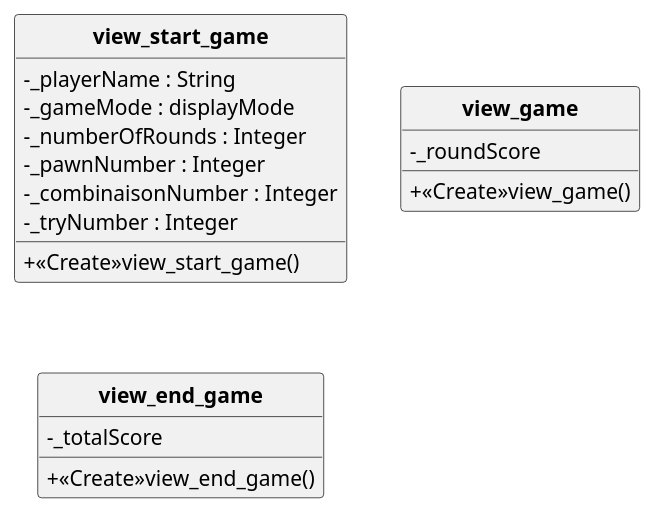
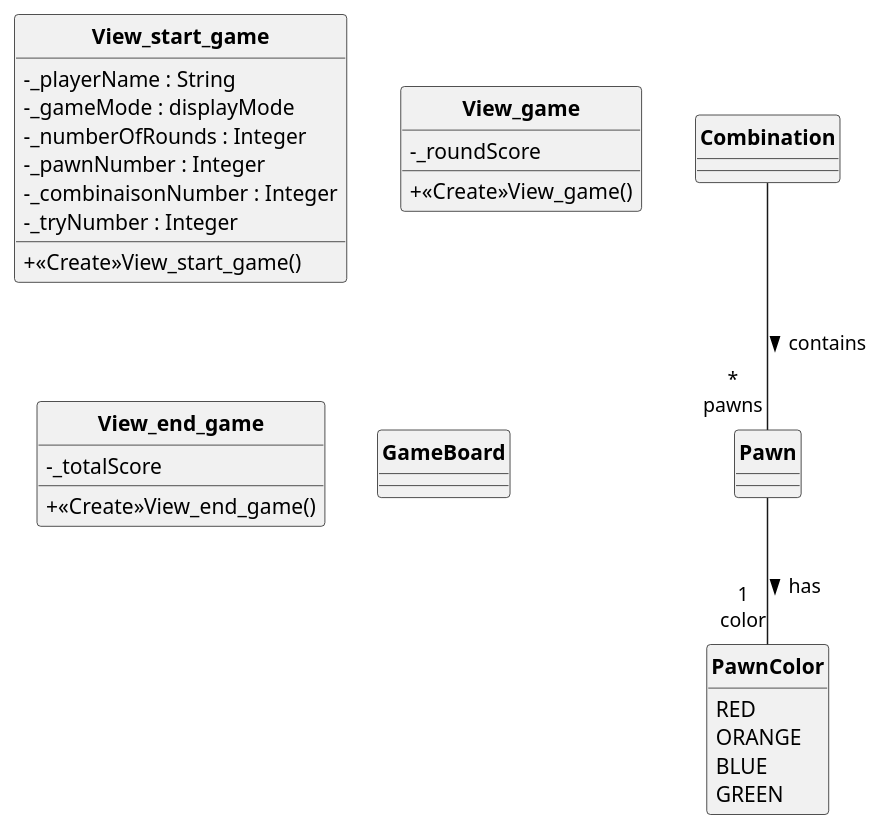
One commit to karimelkaid/Mastermind changed the diagram in projet_a31/src/UML/DC.puml. Above: the diagram before and after it, drawn with PlantUML. The commit also changed 1 other file, not shown here.

```diff
--- a/projet_a31/src/UML/DC.puml
+++ b/projet_a31/src/UML/DC.puml
@@ -1,33 +1,56 @@
 @startuml
 'https://plantuml.com/class-diagram
 
 skinparam style strictuml
 skinparam classAttributeIconSize 0
 skinparam classFontStyle Bold
 hide enum methods
 
 
-class view_start_game{
+class View_start_game{
     - _playerName : String
     - _gameMode : displayMode
     - _numberOfRounds : Integer
     - _pawnNumber : Integer
     - _combinaisonNumber : Integer
     - _tryNumber : Integer
 
-    + <<Create>>view_start_game()
+    + <<Create>>View_start_game()
 }
 
-class view_game{
+class View_game{
     - _roundScore
 
-    + <<Create>>view_game()
+    + <<Create>>View_game()
 }
 
-class view_end_game{
+class View_end_game{
     - _totalScore
 
-    + <<Create>>view_end_game()
+    + <<Create>>View_end_game()
 }
 
+
+class GameBoard
+{
+
+}
+
+class Combination{
+}
+
+class Pawn{
+
+}
+
+enum PawnColor{
+    RED
+    ORANGE
+    BLUE
+    GREEN
+}
+
+Pawn --"1\ncolor" PawnColor : has >
+Combination --"*\npawns" Pawn : contains >
+
 @enduml
```
